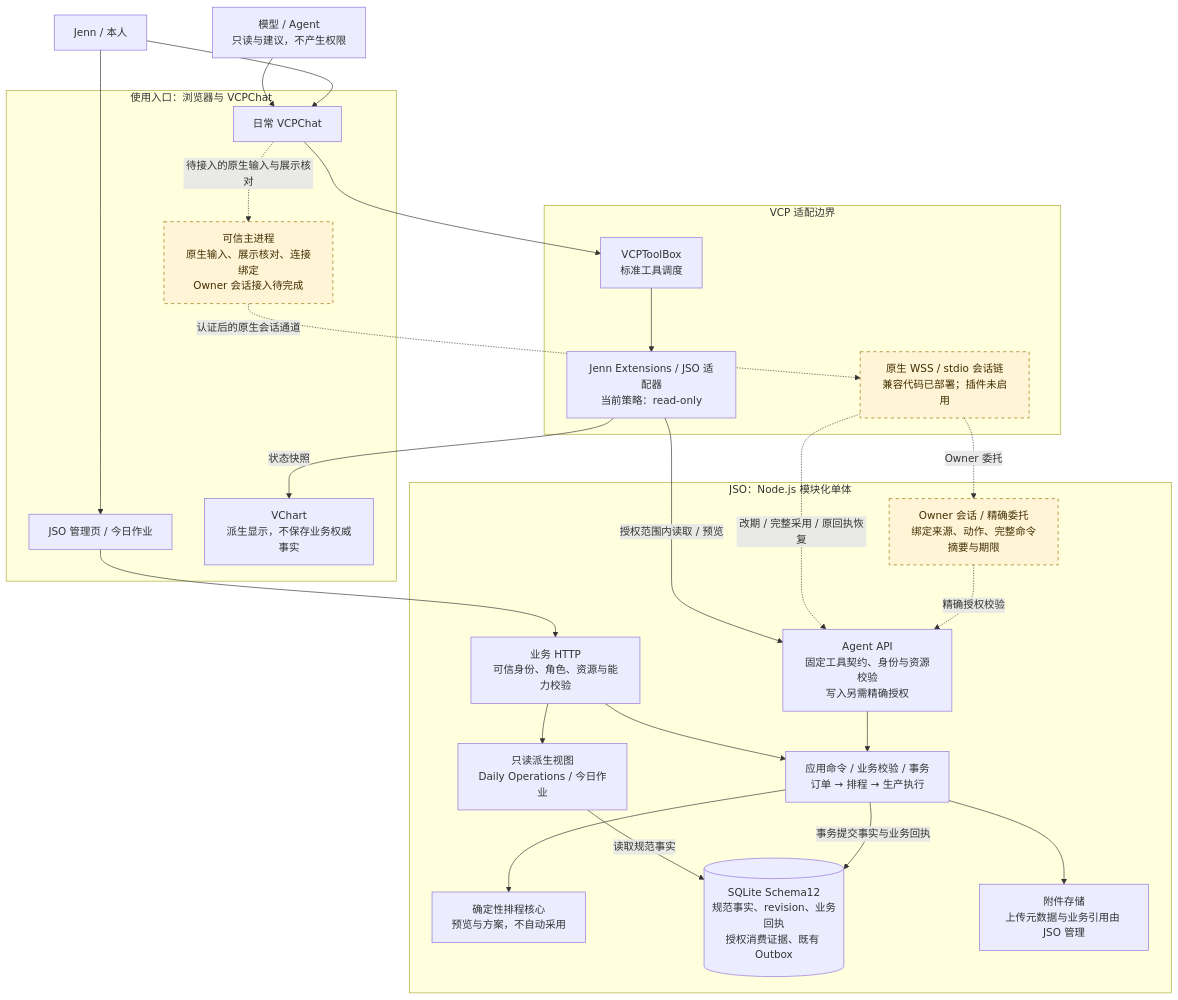
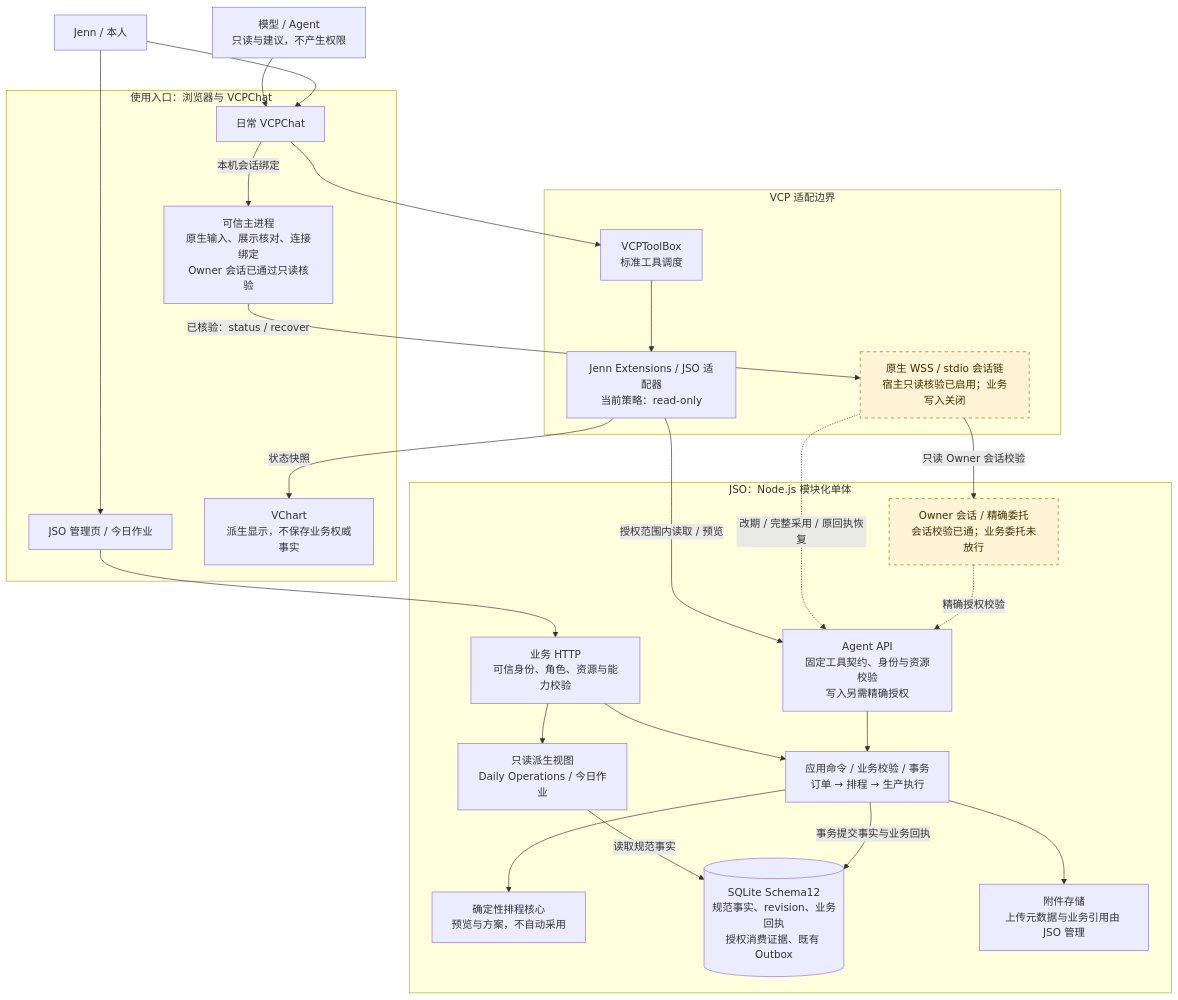
The first of 2 diagrams in docs/architecture/CURRENT_SYSTEM_ARCHITECTURE.md (JENN2046/jenn-shooting-operations), drawn with Mermaid before and after one commit. The commit also changed other lines of this file and 1 other file, not shown here.

Commit message:
Reflect verified read-only daily-client Owner session in the architecture

````diff
--- a/docs/architecture/CURRENT_SYSTEM_ARCHITECTURE.md
+++ b/docs/architecture/CURRENT_SYSTEM_ARCHITECTURE.md
@@ -11,55 +11,55 @@
 ```mermaid
 flowchart TB
     OWNER["Jenn / 本人"]
     MODEL["模型 / Agent<br/>只读与建议，不产生权限"]
 
     subgraph CLIENT["使用入口：浏览器与 VCPChat"]
         WEB["JSO 管理页 / 今日作业"]
         CHAT["日常 VCPChat"]
-        MAIN["可信主进程<br/>原生输入、展示核对、连接绑定<br/>Owner 会话接入待完成"]
+        MAIN["可信主进程<br/>原生输入、展示核对、连接绑定<br/>Owner 会话已通过只读核验"]
         CHART["VChart<br/>派生显示，不保存业务权威事实"]
     end
 
     subgraph VCP["VCP 适配边界"]
         TOOLBOX["VCPToolBox<br/>标准工具调度"]
         READ["Jenn Extensions / JSO 适配器<br/>当前策略：read-only"]
-        NATIVE["原生 WSS / stdio 会话链<br/>兼容代码已部署；插件未启用"]
+        NATIVE["原生 WSS / stdio 会话链<br/>宿主只读核验已启用；业务写入关闭"]
     end
 
     subgraph JSO["JSO：Node.js 模块化单体"]
         BUSINESS["业务 HTTP<br/>可信身份、角色、资源与能力校验"]
         AGENT["Agent API<br/>固定工具契约、身份与资源校验<br/>写入另需精确授权"]
-        DELEGATE["Owner 会话 / 精确委托<br/>绑定来源、动作、完整命令摘要与期限"]
+        DELEGATE["Owner 会话 / 精确委托<br/>会话校验已通；业务委托未放行"]
         APP["应用命令 / 业务校验 / 事务<br/>订单 → 排程 → 生产执行"]
         SCHED["确定性排程核心<br/>预览与方案，不自动采用"]
         VIEW["只读派生视图<br/>Daily Operations / 今日作业"]
         DB[("SQLite Schema12<br/>规范事实、revision、业务回执<br/>授权消费证据、既有 Outbox")]
         FILES["附件存储<br/>上传元数据与业务引用由 JSO 管理"]
     end
 
     OWNER --> WEB
     WEB --> BUSINESS
     BUSINESS --> APP
     BUSINESS --> VIEW
     VIEW -->|"读取规范事实"| DB
     APP --> SCHED
     APP -->|"事务提交事实与业务回执"| DB
     APP --> FILES
 
     MODEL --> CHAT
     CHAT --> TOOLBOX
     TOOLBOX --> READ
     READ -->|"授权范围内读取 / 预览"| AGENT
     AGENT --> APP
     READ -->|"状态快照"| CHART
 
     OWNER --> CHAT
-    CHAT -. "待接入的原生输入与展示核对" .-> MAIN
-    MAIN -. "认证后的原生会话通道" .-> NATIVE
-    NATIVE -. "Owner 委托" .-> DELEGATE
+    CHAT -->|"本机会话绑定"| MAIN
+    MAIN -->|"已核验：status / recover"| NATIVE
+    NATIVE -->|"只读 Owner 会话校验"| DELEGATE
     NATIVE -. "改期 / 完整采用 / 原回执恢复" .-> AGENT
     DELEGATE -. "精确授权校验" .-> AGENT
 
     classDef pending fill:#fff4d6,stroke:#996b00,color:#422f00,stroke-dasharray:5 5;
-    class MAIN,NATIVE,DELEGATE pending;
+    class NATIVE,DELEGATE pending;
 ```
````
